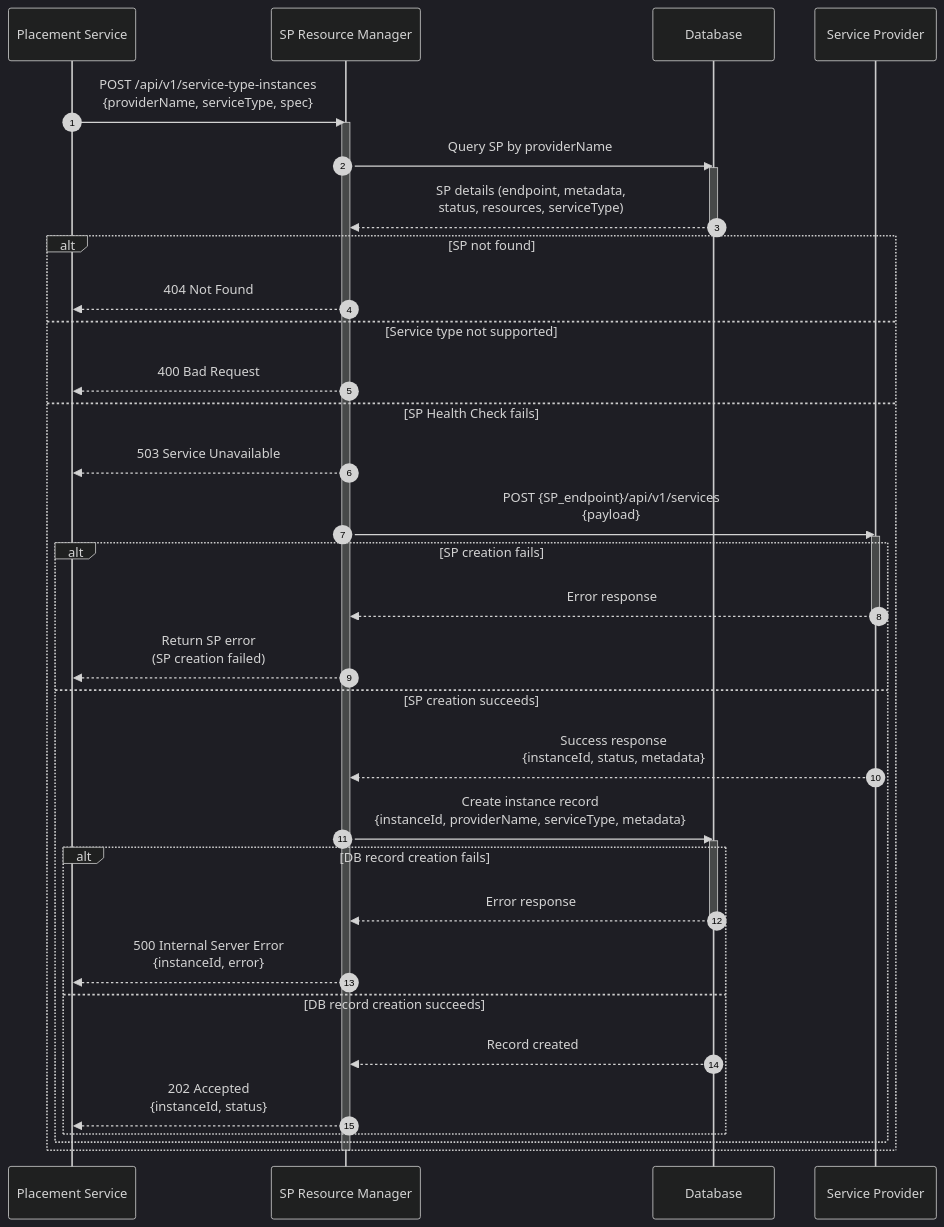
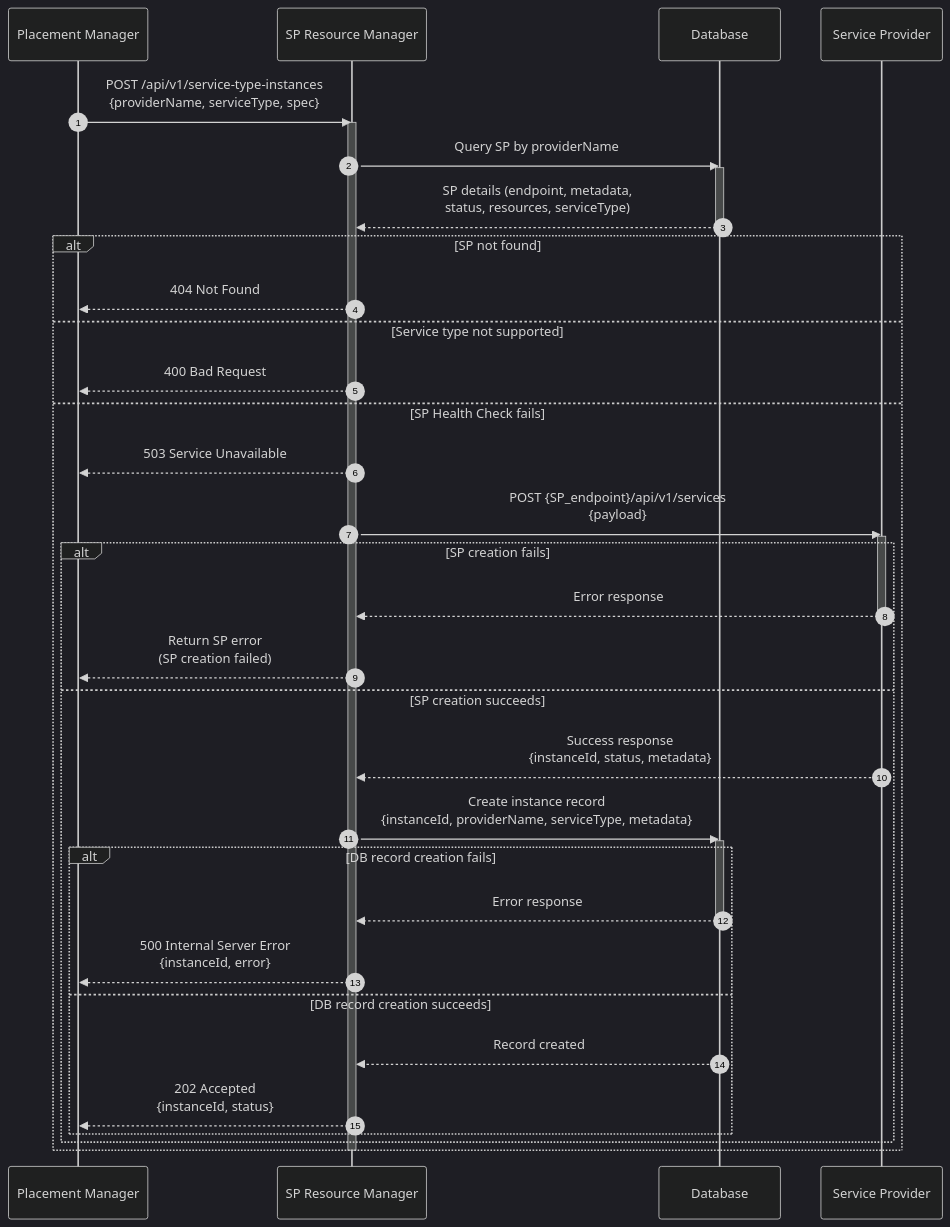
Before and after one commit to dcm-project/enhancements: the diagram in enhancements/sp-resource-manager/sp-resource-manager.md, drawn with Mermaid (dark theme). The commit also changed other lines of this file, not shown here.

Commit message:
rename to placement manager

````diff
--- a/enhancements/sp-resource-manager/sp-resource-manager.md
+++ b/enhancements/sp-resource-manager/sp-resource-manager.md
@@ -203,49 +203,49 @@
 ```mermaid
 sequenceDiagram
     autonumber
-    participant PS as Placement Service
+    participant PS as Placement Manager
     participant SPRM as SP Resource Manager
     participant DB as Database
     participant SP as Service Provider
 
     PS->>SPRM: POST /api/v1/service-type-instances<br/>{providerName, serviceType, spec}
     activate SPRM
 
 
     SPRM->>DB: Query SP by providerName
     activate DB
     DB-->>SPRM: SP details (endpoint, metadata,<br/>status, resources, serviceType)
     deactivate DB
 
     alt SP not found
         SPRM-->>PS: 404 Not Found
     else Service type not supported
         SPRM-->>PS: 400 Bad Request
     else SP Health Check fails
         SPRM-->>PS: 503 Service Unavailable       
 
         SPRM->>SP: POST {SP_endpoint}/api/v1/services<br/>{payload}
         activate SP
 
         alt SP creation fails
             SP-->>SPRM: Error response
             deactivate SP
             SPRM-->>PS: Return SP error<br/>(SP creation failed)
         else SP creation succeeds
             SP-->>SPRM: Success response<br/>{instanceId, status, metadata}
             SPRM->>DB: Create instance record<br/>{instanceId, providerName, serviceType, metadata}
             activate DB
             
             alt DB record creation fails
                 DB-->>SPRM: Error response
                 deactivate DB
                 SPRM-->>PS: 500 Internal Server Error<br/>{instanceId, error}
             
             else DB record creation succeeds
                 DB-->>SPRM: Record created
                 SPRM-->>PS: 202 Accepted<br/>{instanceId, status}
             end
         end
     end
     deactivate SPRM
 ```
````
